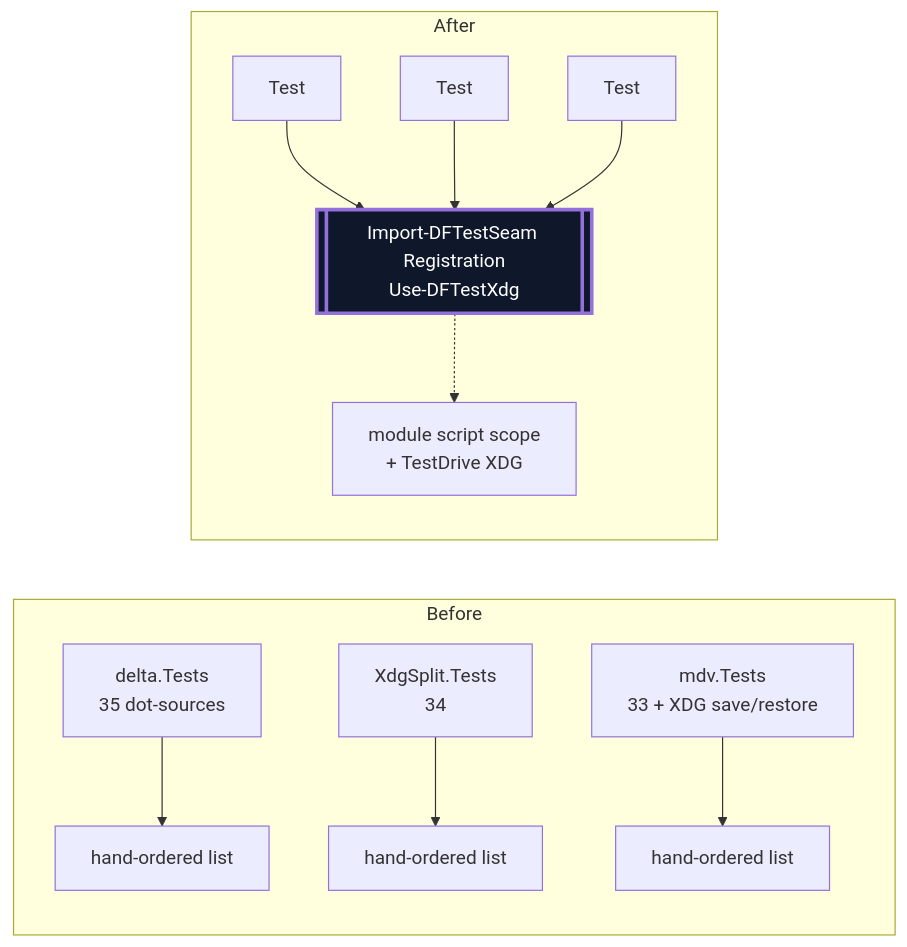
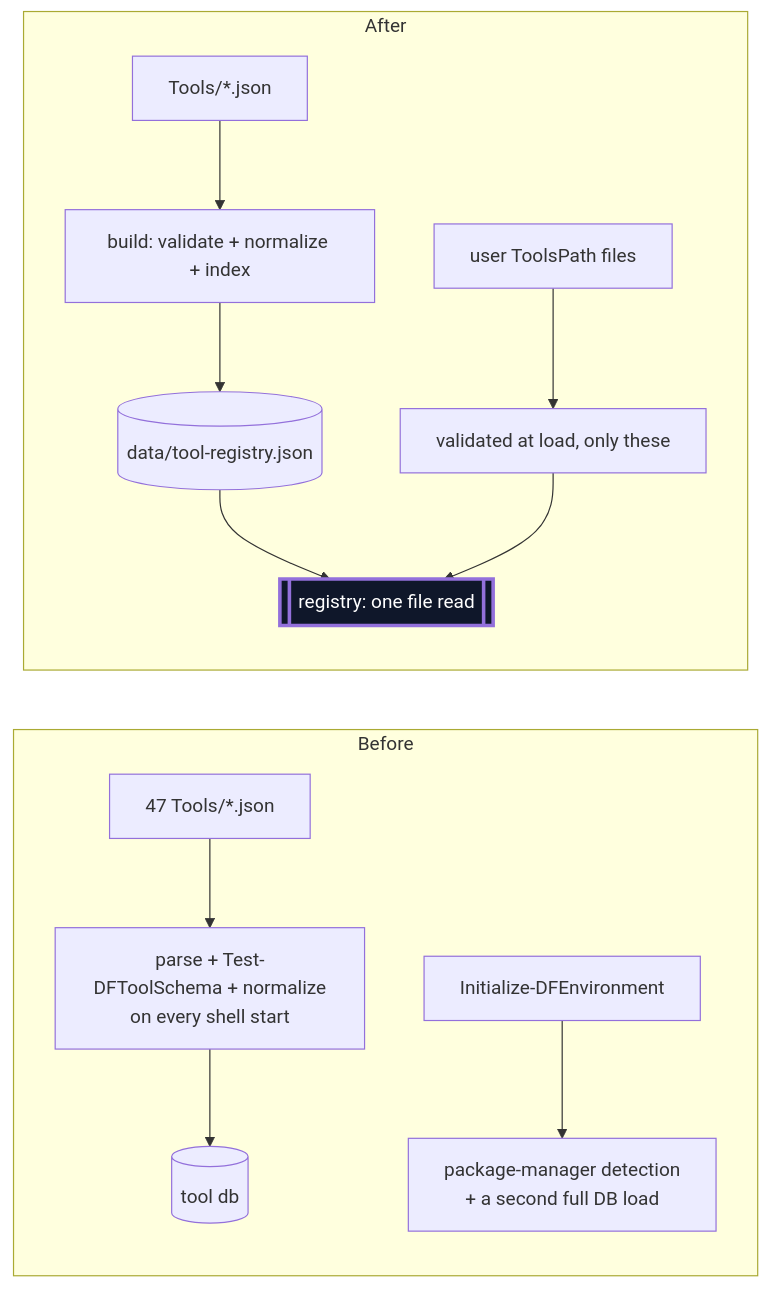
The third of 6 diagrams in arch-imp-audit-(claude).md (simsrw73/DotForge), drawn with Mermaid before and after one commit. The commit also changed other lines of this file and 2 other files, not shown here.

First line of the commit message:
docs: architecture review 2026-10-09 and opt-in tool selection spec

````diff
--- a/arch-imp-audit-(claude).md
+++ b/arch-imp-audit-(claude).md
@@ -163,16 +96,15 @@
 ```mermaid
 flowchart LR
   subgraph Before
-    T1[delta.Tests<br/>35 dot-sources] --> L1[hand-ordered list]
-    T2[XdgSplit.Tests<br/>34] --> L2[hand-ordered list]
-    T3[mdv.Tests<br/>33 + XDG save/restore] --> L3[hand-ordered list]
+    J[47 Tools/*.json] --> V[parse + Test-DFToolSchema + normalize<br/>on every shell start] --> DB[(tool db)]
+    I[Initialize-DFEnvironment] --> PM[package-manager detection<br/>+ a second full DB load]
   end
   subgraph After
-    TA[Test] --> H[[Import-DFTestSeam Registration<br/>Use-DFTestXdg]]
-    TB[Test] --> H
-    TC[Test] --> H
-    H -.-> M[module script scope<br/>+ TestDrive XDG]
-    classDef deep fill:#0f172a,color:#fff,stroke-width:3px;
-    class H deep
+    J2[Tools/*.json] --> B[build: validate + normalize + index] --> REG[(data/tool-registry.json)]
+    REG --> L[[registry: one file read]]
+    U[user ToolsPath files] --> V2[validated at load, only these]
+    V2 --> L
+    classDef deep fill:#0f172a,color:#fff,stroke-width:3px
+    class L deep
   end
 ```
````
